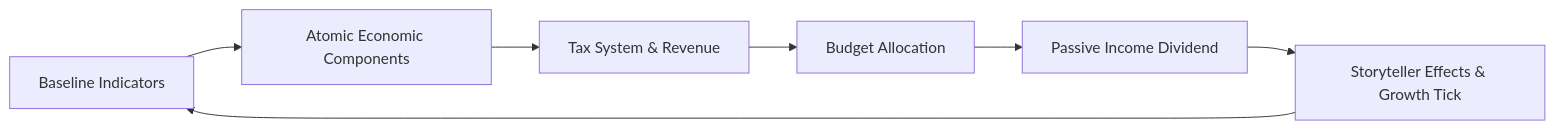
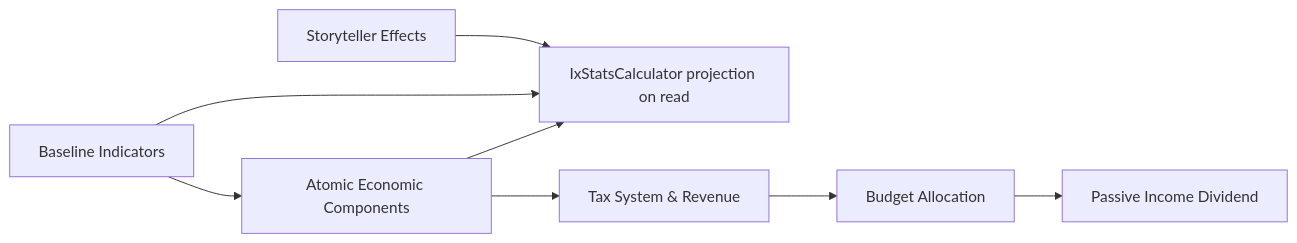
One commit to algolds/ixstats changed the diagram in docs/systems/economy.md. Above: the diagram before and after it, drawn with Mermaid. The commit also changed other lines of this file and 26 other files, not shown here.

````diff
--- a/docs/systems/economy.md
+++ b/docs/systems/economy.md
@@ -49,9 +49,10 @@
 ```mermaid
 graph LR
     A[Baseline Indicators] --> B[Atomic Economic Components]
+    B --> G[IxStatsCalculator projection on read]
+    A --> G
+    S[Storyteller Effects] --> G
     B --> C[Tax System & Revenue]
     C --> D[Budget Allocation]
     D --> E[Passive Income Dividend]
-    E --> F[Storyteller Effects & Growth Tick]
-    F --> A
 ```
````
